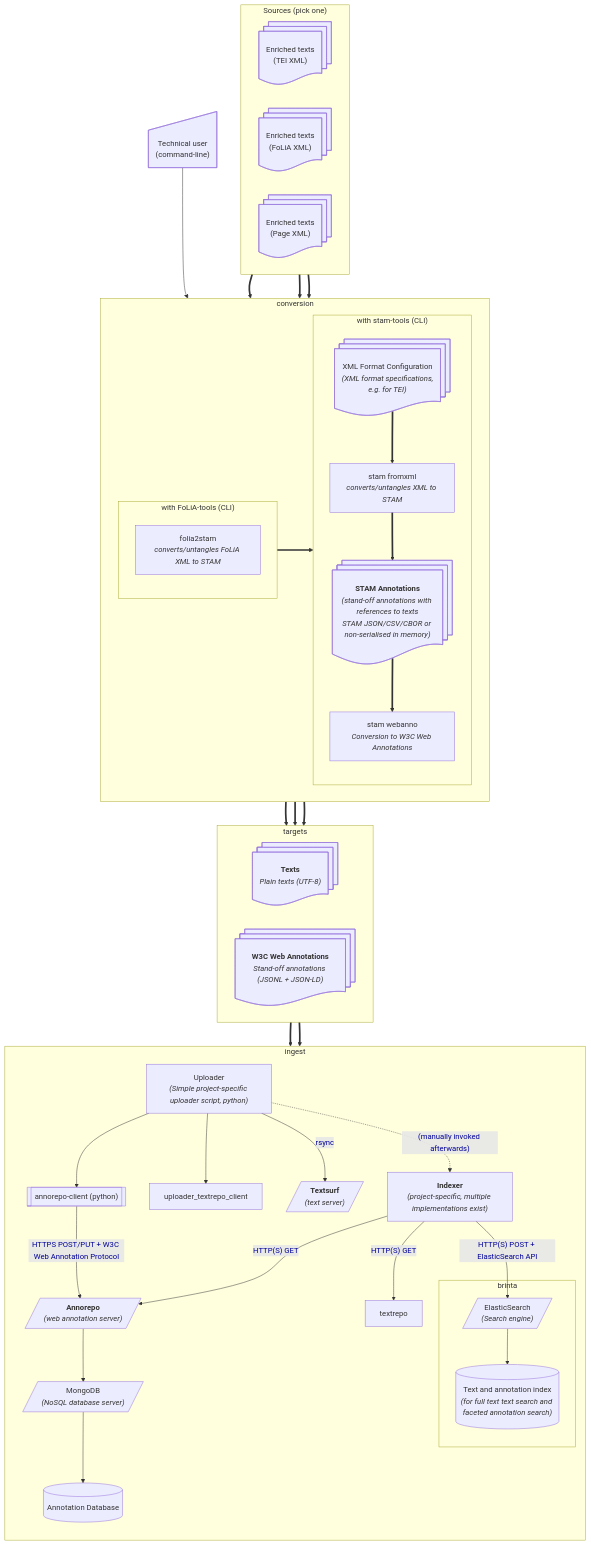
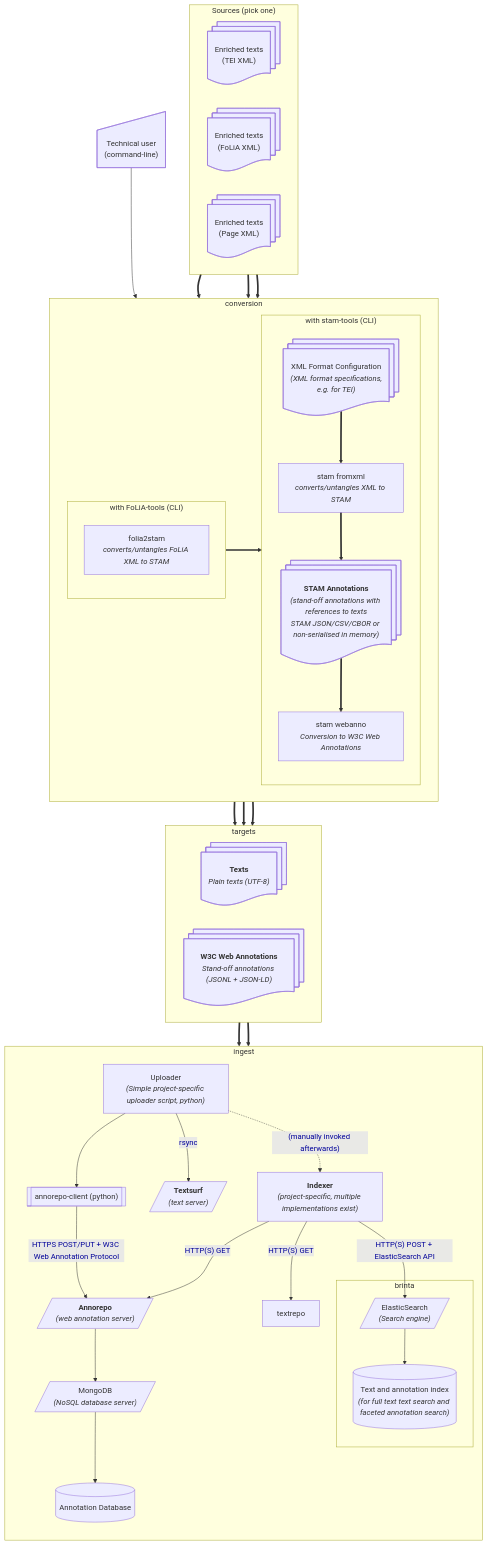
Before and after one commit to knaw-huc/tt-architecture: the sixth of 6 diagrams in README.md, drawn with Mermaid.

```diff
--- a/README.md
+++ b/README.md
@@ -601,7 +601,6 @@
         webanno ==> uploader
         uploader["Uploader<br><i>(Simple project-specific uploader script, python)</i>"]
         uploader --> uploader_annorepo_client
-        uploader --> uploader_textrepo_client
 
         uploader_annorepo_client[["annorepo-client (python)"]]
 
```
